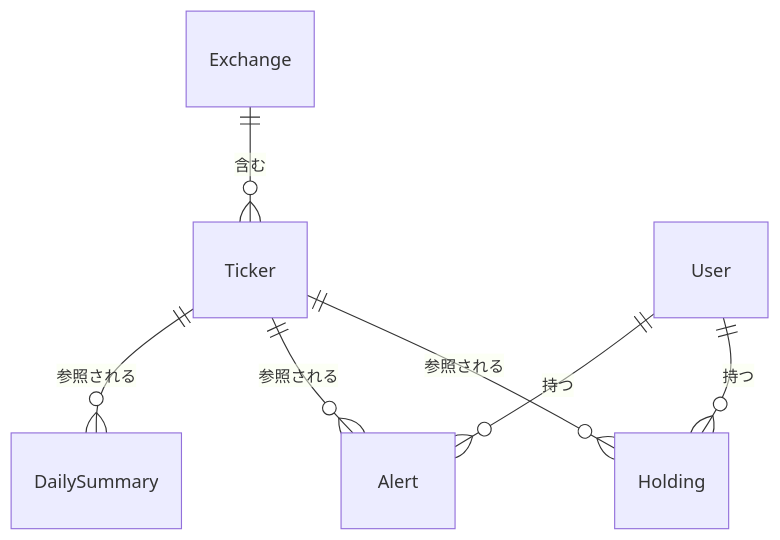
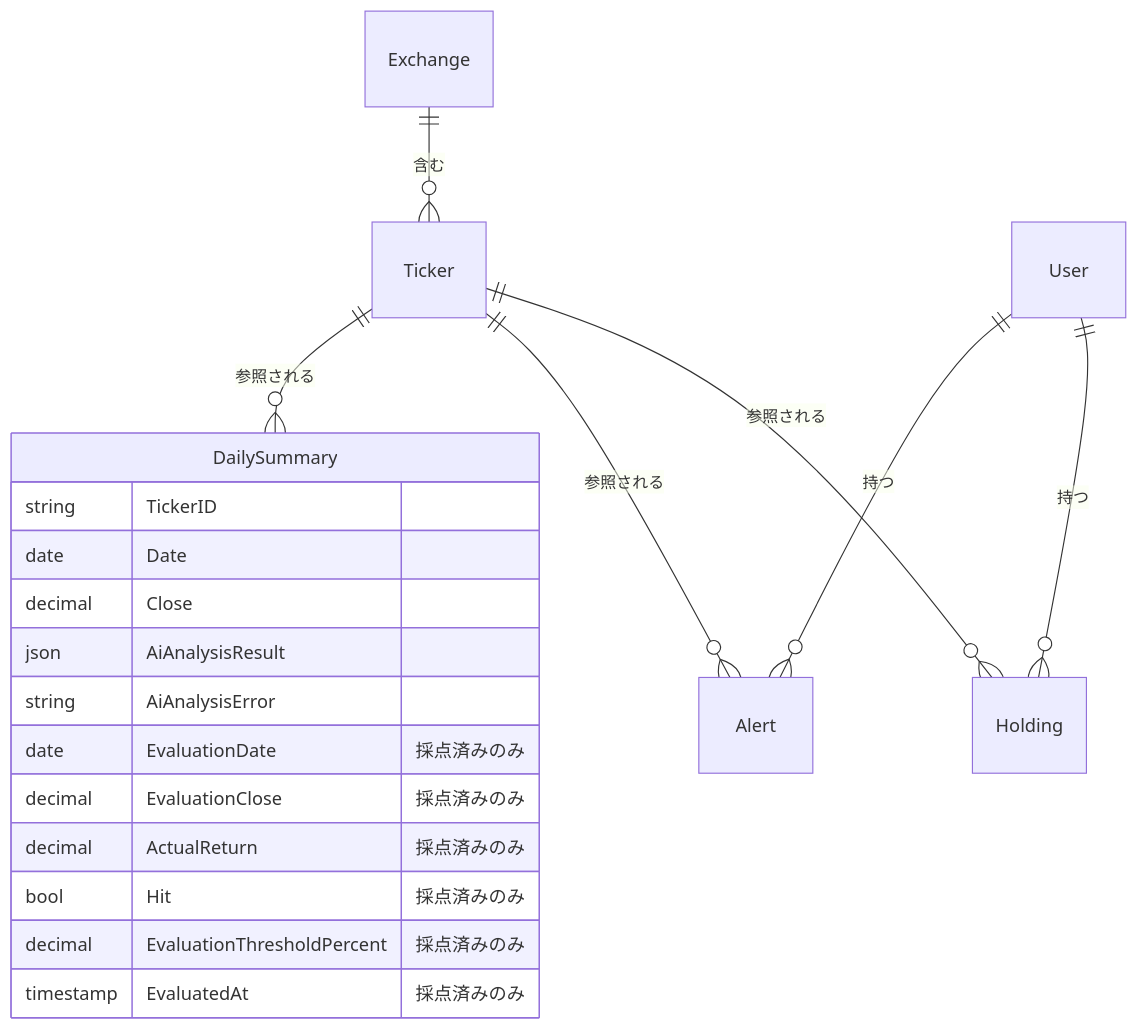
The second of 2 diagrams in docs/services/stock-tracker/external-design.md (nagiyu/nagiyu-platform), drawn with Mermaid before and after one commit. The commit also changed other lines of this file and 9 other files, not shown here.

````diff
--- a/docs/services/stock-tracker/external-design.md
+++ b/docs/services/stock-tracker/external-design.md
@@ -232,9 +295,22 @@
 ```mermaid
 erDiagram
     Exchange ||--o{ Ticker : "含む"
     Ticker ||--o{ Holding : "参照される"
     Ticker ||--o{ Alert : "参照される"
     Ticker ||--o{ DailySummary : "参照される"
     User ||--o{ Holding : "持つ"
     User ||--o{ Alert : "持つ"
+    DailySummary {
+        string TickerID
+        date Date
+        decimal Close
+        json AiAnalysisResult
+        string AiAnalysisError
+        date EvaluationDate "採点済みのみ"
+        decimal EvaluationClose "採点済みのみ"
+        decimal ActualReturn "採点済みのみ"
+        bool Hit "採点済みのみ"
+        decimal EvaluationThresholdPercent "採点済みのみ"
+        timestamp EvaluatedAt "採点済みのみ"
+    }
 ```
````
